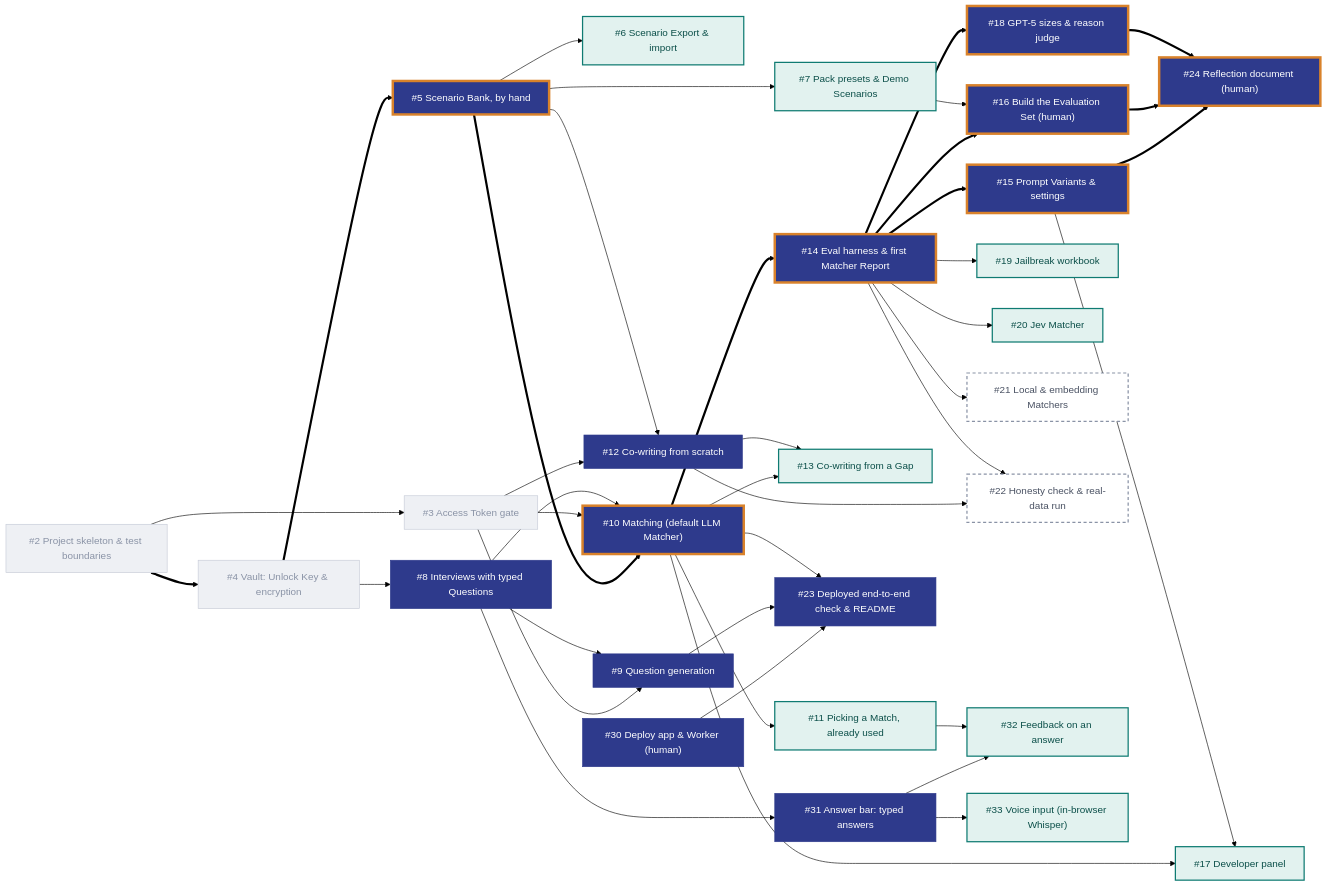
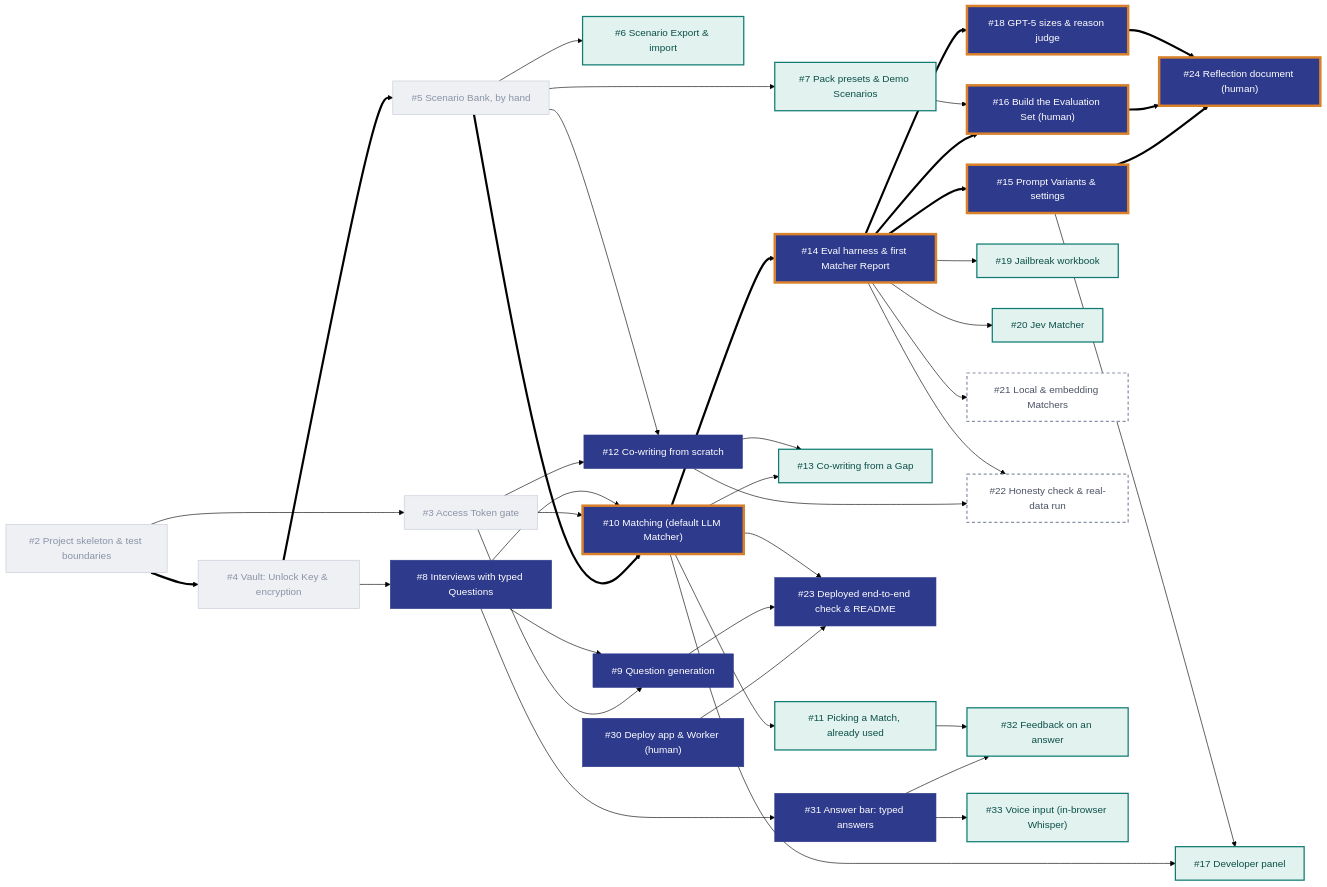
One commit to DerykHopley/interview-helper changed the diagram in README.md. Above: the diagram before and after it, drawn with Mermaid (forest theme).

Commit message:
Grey out #5 in the ticket chart now that PR #34 has merged

````diff
--- a/README.md
+++ b/README.md
@@ -13,63 +13,63 @@
 ```mermaid
 flowchart LR
   T2["#2 Project skeleton & test boundaries"]
   T3["#3 Access Token gate"]
   T4["#4 Vault: Unlock Key & encryption"]
   T5["#5 Scenario Bank, by hand"]
   T6["#6 Scenario Export & import"]
   T7["#7 Pack presets & Demo Scenarios"]
   T8["#8 Interviews with typed Questions"]
   T9["#9 Question generation"]
   T10["#10 Matching (default LLM Matcher)"]
   T11["#11 Picking a Match, already used"]
   T12["#12 Co-writing from scratch"]
   T13["#13 Co-writing from a Gap"]
   T14["#14 Eval harness & first Matcher Report"]
   T15["#15 Prompt Variants & settings"]
   T16["#16 Build the Evaluation Set (human)"]
   T17["#17 Developer panel"]
   T18["#18 GPT-5 sizes & reason judge"]
   T19["#19 Jailbreak workbook"]
   T20["#20 Jev Matcher"]
   T21["#21 Local & embedding Matchers"]
   T22["#22 Honesty check & real-data run"]
   T23["#23 Deployed end-to-end check & README"]
   T24["#24 Reflection document (human)"]
   T30["#30 Deploy app & Worker (human)"]
   T31["#31 Answer bar: typed answers"]
   T32["#32 Feedback on an answer"]
   T33["#33 Voice input (in-browser Whisper)"]
 
   %% critical path (thick arrows)
   T2 ==> T4 ==> T5 ==> T10 ==> T14
   T14 ==> T15 ==> T24
   T14 ==> T16 ==> T24
   T14 ==> T18 ==> T24
 
   %% other dependencies
   T2 --> T3
   T3 --> T9 & T10 & T12
   T4 --> T8
   T5 --> T6 & T7 & T12
   T8 --> T9 & T10 & T31
   T10 --> T11 & T13 & T17
   T12 --> T13 & T22
   T7 --> T16
   T14 --> T19 & T20 & T21 & T22
   T15 --> T17
   T31 --> T32 & T33
   T11 --> T32
   T30 & T9 & T10 --> T23
 
   classDef done fill:#EEF0F4,color:#8A93A6,stroke:#C5CAD6,stroke-width:1px
   classDef must fill:#2E3A8C,color:#fff,stroke:#2E3A8C
   classDef mustcrit fill:#2E3A8C,color:#fff,stroke:#D9822B,stroke-width:4px
   classDef should fill:#E2F2EF,color:#0B4F49,stroke:#0F7B72,stroke-width:2px
   classDef could fill:#fff,color:#4A5263,stroke:#8A93A6,stroke-width:2px,stroke-dasharray:5 4
 
-  class T2,T3,T4 done
-  class T5,T10,T14,T15,T16,T18,T24 mustcrit
+  class T2,T3,T4,T5 done
+  class T10,T14,T15,T16,T18,T24 mustcrit
   class T8,T9,T12,T23,T30,T31 must
   class T6,T7,T11,T13,T17,T19,T20,T32,T33 should
   class T21,T22 could
 ```
````
